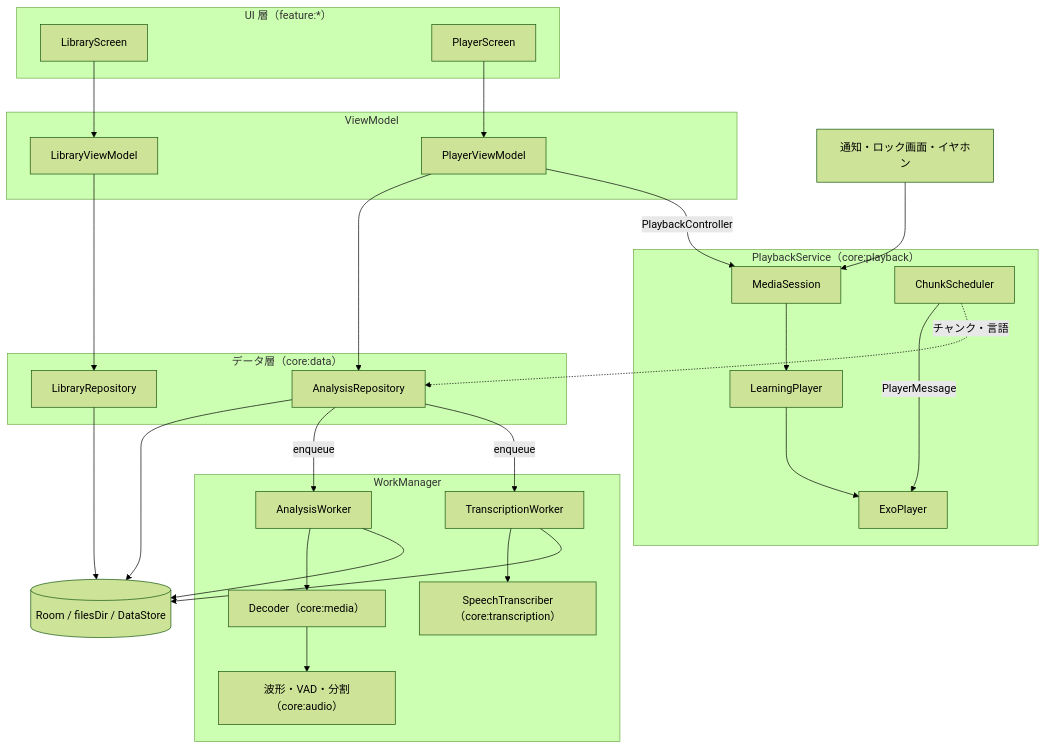
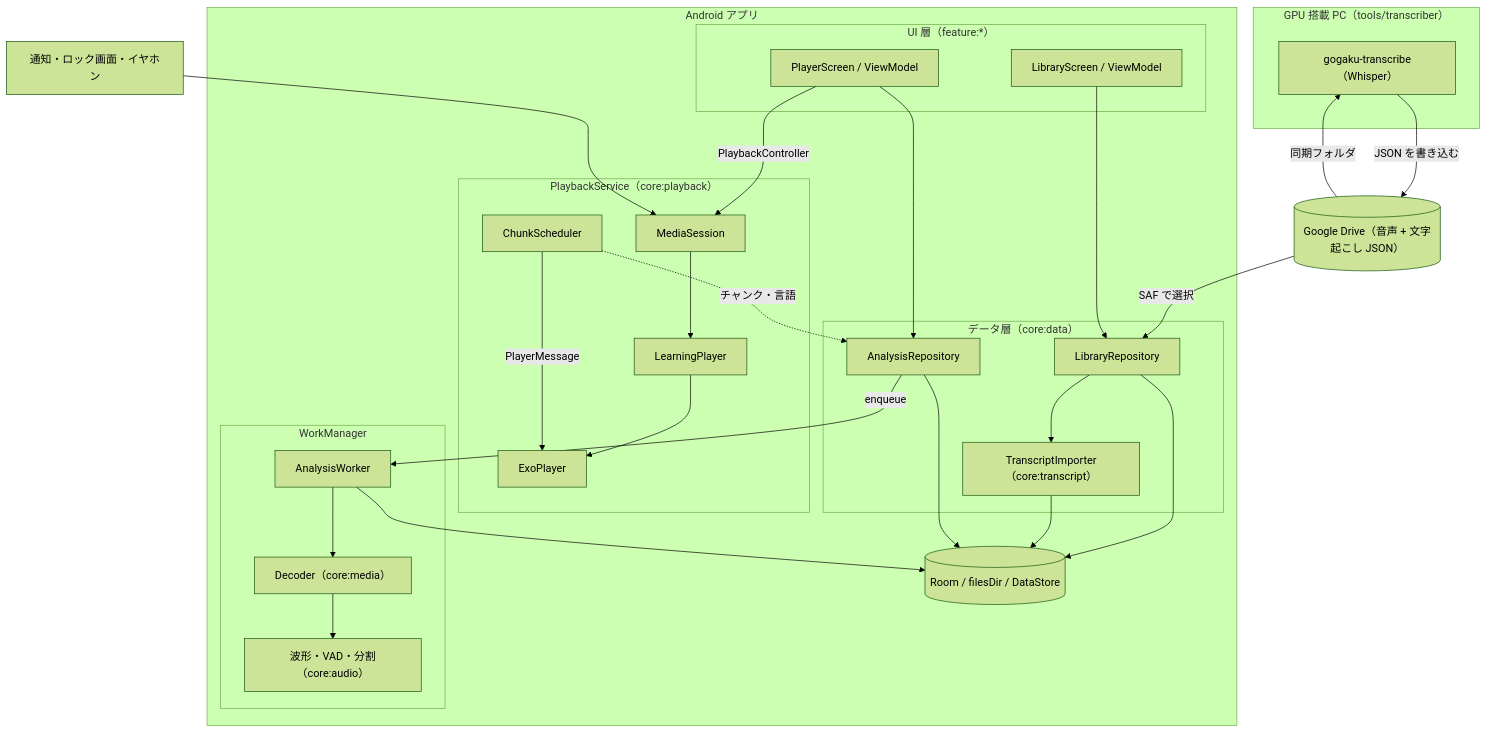
The first of 2 diagrams in design_doc.md (miuraken/chunk-flow), drawn with Mermaid (forest theme) before and after one commit. The commit also changed other lines of this file, not shown here.

````diff
--- a/design_doc.md
+++ b/design_doc.md
@@ -179,48 +205,49 @@
 ```mermaid
 flowchart TB
-    subgraph UIL["UI 層（feature:*）"]
-        LS["LibraryScreen"]
-        PS["PlayerScreen"]
+    subgraph PCSIDE["GPU 搭載 PC（tools/transcriber）"]
+        TOOL["gogaku-transcribe（Whisper）"]
     end
-    subgraph VML["ViewModel"]
-        LVM["LibraryViewModel"]
-        PVM["PlayerViewModel"]
+    GD[("Google Drive（音声 + 文字起こし JSON）")]
+    subgraph APP["Android アプリ"]
+        subgraph UIL["UI 層（feature:*）"]
+            LS["LibraryScreen / ViewModel"]
+            PS["PlayerScreen / ViewModel"]
+        end
+        subgraph DATA["データ層（core:data）"]
+            LR["LibraryRepository"]
+            AR["AnalysisRepository"]
+            TI["TranscriptImporter（core:transcript）"]
+        end
+        subgraph SVC["PlaybackService（core:playback）"]
+            MS["MediaSession"]
+            LP["LearningPlayer"]
+            EXO["ExoPlayer"]
+            CS["ChunkScheduler"]
+        end
+        subgraph WM["WorkManager"]
+            AW["AnalysisWorker"]
+            DEC["Decoder（core:media）"]
+            DSP["波形・VAD・分割（core:audio）"]
+        end
+        DB[("Room / filesDir / DataStore")]
     end
-    subgraph DATA["データ層（core:data）"]
-        LR["LibraryRepository"]
-        AR["AnalysisRepository"]
-    end
-    subgraph SVC["PlaybackService（core:playback）"]
-        MS["MediaSession"]
-        LP["LearningPlayer"]
-        EXO["ExoPlayer"]
-        CS["ChunkScheduler"]
-    end
-    subgraph WM["WorkManager"]
-        AW["AnalysisWorker"]
-        TW["TranscriptionWorker"]
-        DEC["Decoder（core:media）"]
-        DSP["波形・VAD・分割（core:audio）"]
-        STT["SpeechTranscriber（core:transcription）"]
-    end
-    DB[("Room / filesDir / DataStore")]
     SYS["通知・ロック画面・イヤホン"]
 
-    LS --> LVM
-    PS --> PVM
-    LVM --> LR
-    PVM --> AR
-    PVM -->|"PlaybackController"| MS
+    GD -->|"同期フォルダ"| TOOL
+    TOOL -->|"JSON を書き込む"| GD
+    GD -->|"SAF で選択"| LR
+    LS --> LR
+    PS --> AR
+    PS -->|"PlaybackController"| MS
     SYS --> MS
     MS --> LP --> EXO
     CS -->|"PlayerMessage"| EXO
     CS -.->|"チャンク・言語"| AR
+    LR --> TI
     LR --> DB
+    TI --> DB
     AR --> DB
     AR -->|"enqueue"| AW
-    AR -->|"enqueue"| TW
     AW --> DEC --> DSP
-    TW --> STT
     AW --> DB
-    TW --> DB
 ```
````
